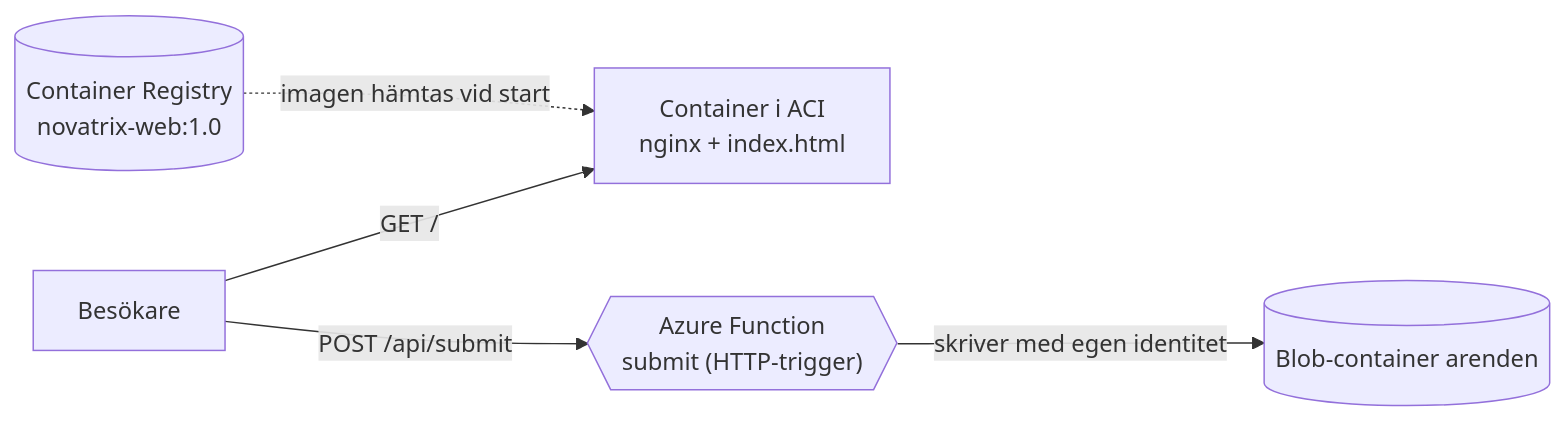
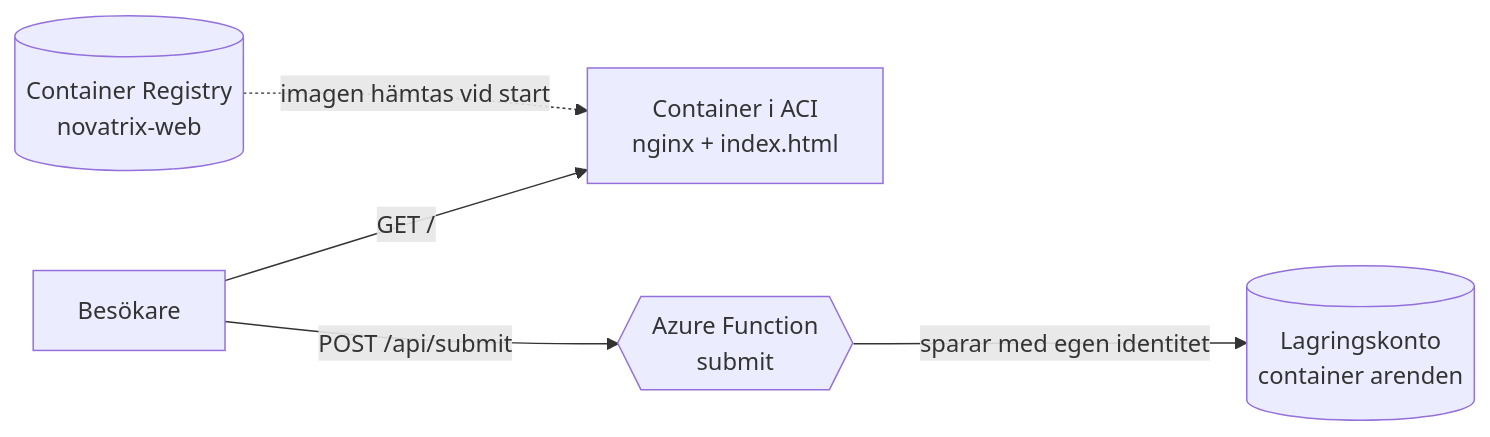
Before and after one commit to 80idralt/azure: the diagram in v40/README.md, drawn with Mermaid. The commit also changed other lines of this file, not shown here.

````diff
--- a/v40/README.md
+++ b/v40/README.md
@@ -76,7 +46,7 @@
 ```mermaid
 flowchart LR
     A["Besökare"] -->|"GET /"| B["Container i ACI<br/>nginx + index.html"]
-    A -->|"POST /api/submit"| C{{"Azure Function<br/>submit (HTTP-trigger)"}}
-    C -->|"skriver med egen identitet"| D[("Blob-container arenden")]
-    E[("Container Registry<br/>novatrix-web:1.0")] -.->|"imagen hämtas vid start"| B
+    A -->|"POST /api/submit"| C{{"Azure Function<br/>submit"}}
+    C -->|"sparar med egen identitet"| D[("Lagringskonto<br/>container arenden")]
+    E[("Container Registry<br/>novatrix-web")] -.->|"imagen hämtas vid start"| B
 ```
````
